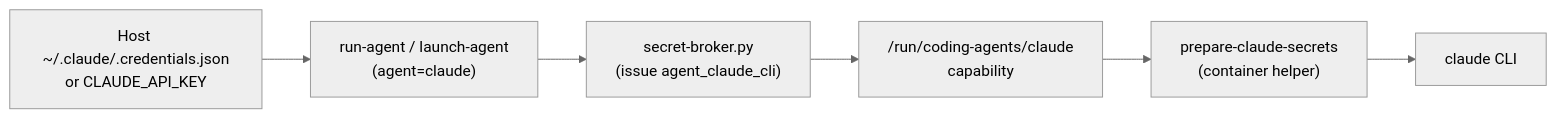
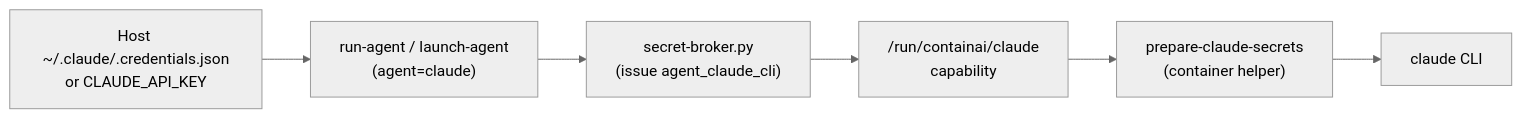
Before and after one commit to novotnyllc/ContainAI: the sixth of 7 diagrams in docs/secret-broker-architecture.md, drawn with Mermaid (neutral theme). The commit also changed other lines of this file and 109 other files, not shown here.

````diff
--- a/docs/secret-broker-architecture.md
+++ b/docs/secret-broker-architecture.md
@@ -265,11 +265,11 @@
 ```mermaid
 flowchart LR
     hostClaude["Host ~/.claude/.credentials.json\nor CLAUDE_API_KEY"]
     launcherClaude["run-agent / launch-agent\n(agent=claude)"]
     brokerClaude["secret-broker.py\n(issue agent_claude_cli)"]
-    bundleClaude["/run/coding-agents/claude\ncapability"]
+    bundleClaude["/run/containai/claude\ncapability"]
     stubClaude["prepare-claude-secrets\n(container helper)"]
     claudeCli["claude CLI"]
 
     hostClaude --> launcherClaude --> brokerClaude --> bundleClaude --> stubClaude --> claudeCli
 ```
````
